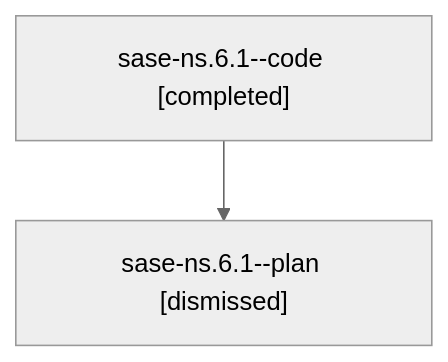
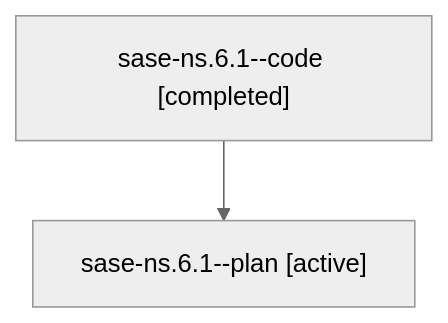
Before and after one commit to sase-org/sase--agents: the diagram in families/bbugyi200.athena.sase-ns.6.1.md, drawn with Mermaid (neutral theme). The commit also changed other lines of this file and 35830 other files, not shown here.

````diff
--- a/families/bbugyi200.athena.sase-ns.6.1.md
+++ b/families/bbugyi200.athena.sase-ns.6.1.md
@@ -9,6 +9,6 @@
 ```mermaid
 flowchart TD
   n0["sase-ns.6.1--code [completed]"]
-  n1["sase-ns.6.1--plan [dismissed]"]
+  n1["sase-ns.6.1--plan [active]"]
   n0 --> n1
 ```
````
